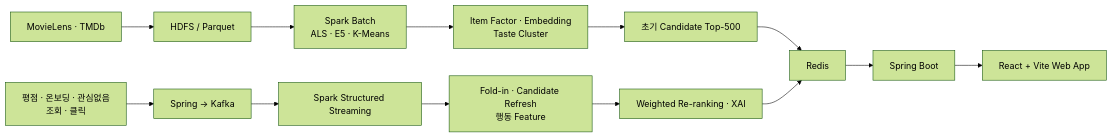
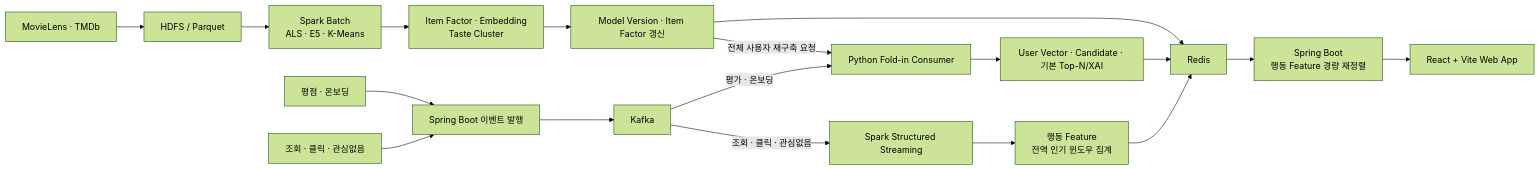
One commit to koongya-studio/feelm changed the third of 3 diagrams in README.md. Above: the diagram before and after it, drawn with Mermaid (forest theme). The commit also changed other lines of this file and 13 other files, not shown here.

````diff
--- a/README.md
+++ b/README.md
@@ -334,15 +338,20 @@
 ```mermaid
 flowchart LR
     A["MovieLens · TMDb"] --> B["HDFS / Parquet"]
     B --> C["Spark Batch<br/>ALS · E5 · K-Means"]
     C --> D["Item Factor · Embedding<br/>Taste Cluster"]
-    D --> E["초기 Candidate Top-500"]
+    D --> E["Model Version · Item Factor 갱신"]
     E --> F["Redis"]
-    G["평점 · 온보딩 · 관심없음<br/>조회 · 클릭"] --> H["Spring → Kafka"]
-    H --> I["Spark Structured Streaming"]
-    I --> J["Fold-in · Candidate Refresh<br/>행동 Feature"]
-    J --> K["Weighted Re-ranking · XAI"]
-    K --> F
-    F --> L["Spring Boot"]
-    L --> M["React + Vite Web App"]
+    G["평점 · 온보딩"] --> BEE["Spring Boot 이벤트 발행"]
+    BEE --> H["Kafka"]
+    H -->|"평가 · 온보딩"| I["Python Fold-in Consumer"]
+    E -->|"전체 사용자 재구축 요청"| I
+    I --> J["User Vector · Candidate · 기본 Top-N/XAI"]
+    J --> F
+    BH["조회 · 클릭 · 관심없음"] --> BEE
+    H -->|"조회 · 클릭 · 관심없음"| M["Spark Structured Streaming"]
+    M --> N["행동 Feature<br/>전역 인기 윈도우 집계"]
+    N --> F
+    F --> SB["Spring Boot<br/>행동 Feature 경량 재정렬"]
+    SB --> O["React + Vite Web App"]
 ```
````
